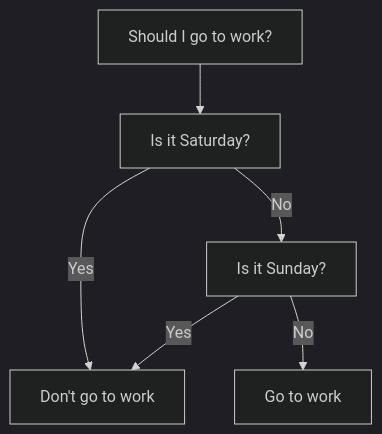
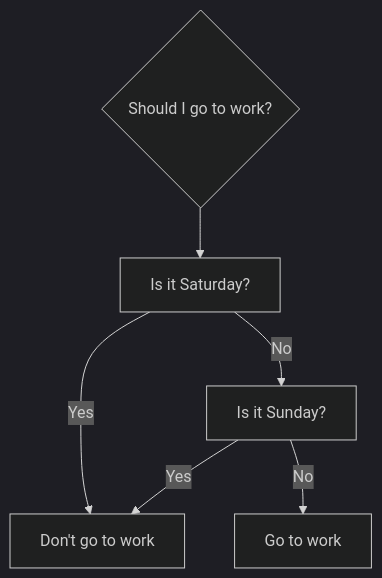
Before and after one commit to harwoodjp/mermaid-test: the diagram in README.md, drawn with Mermaid (dark theme).

````diff
--- a/README.md
+++ b/README.md
@@ -1,8 +1,8 @@
 ```mermaid
 flowchart TD
-  A[Should I go to work?] --> B[Is it Saturday?];
+  A{Should I go to work?} --> B[Is it Saturday?];
   B -- Yes --> C[Don't go to work];
   B -- No --> D[Is it Sunday?];
   D -- Yes --> C;
   D -- No --> E[Go to work];
 ```
````
